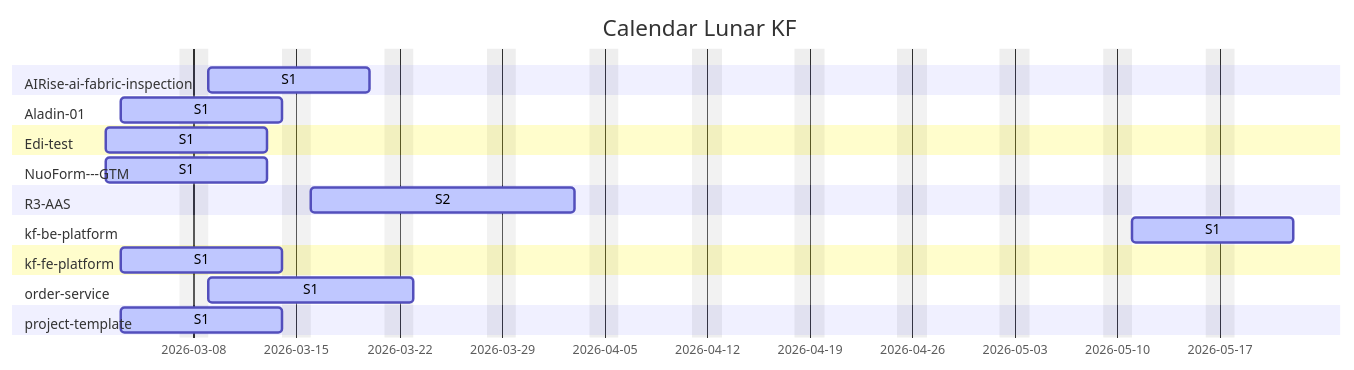
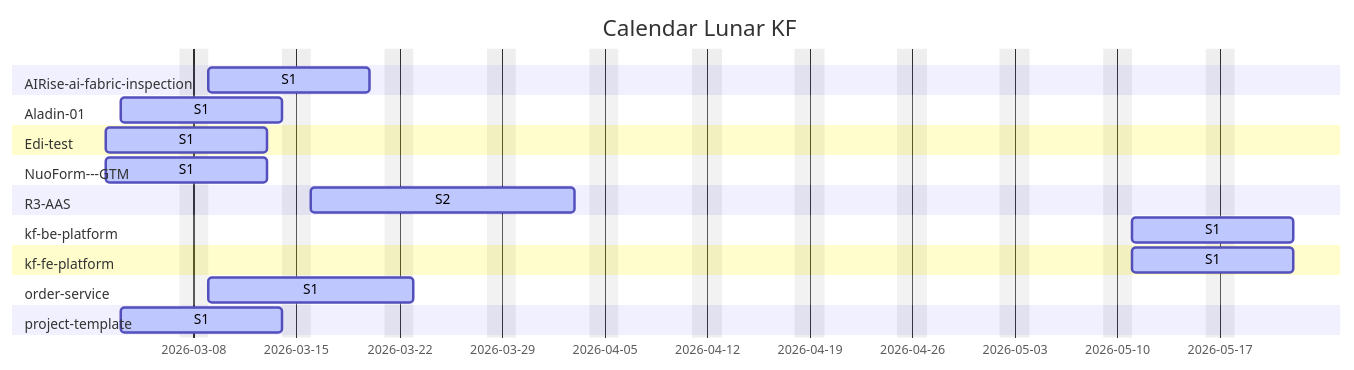
The second of 2 diagrams in docs/unified-calendar.md (Katty-Fashion/kf-cpto), drawn with Mermaid before and after one commit. The commit also changed other lines of this file and 12 other files, not shown here.

````diff
--- a/docs/unified-calendar.md
+++ b/docs/unified-calendar.md
@@ -22,25 +22,25 @@
 ```mermaid
 gantt
     title Calendar Lunar KF
     dateFormat YYYY-MM-DD
     excludes weekends
 
     section AIRise-ai-fabric-inspection
     S1 :active, 2026-03-09, 2026-03-20
     section Aladin-01
     S1 :active, 2026-03-03, 2026-03-14
     section Edi-test
     S1 :active, 2026-03-02, 2026-03-13
     section NuoForm---GTM
     S1 :active, 2026-03-02, 2026-03-13
     section R3-AAS
     S2 :active, 2026-03-16, 2026-04-03
     section kf-be-platform
     S1 :active, 2026-05-11, 2026-05-22
     section kf-fe-platform
-    S1 :active, 2026-03-03, 2026-03-14
+    S1 :active, 2026-05-11, 2026-05-22
     section order-service
     S1 :active, 2026-03-09, 2026-03-23
     section project-template
     S1 :active, 2026-03-03, 2026-03-14
 ```
````
